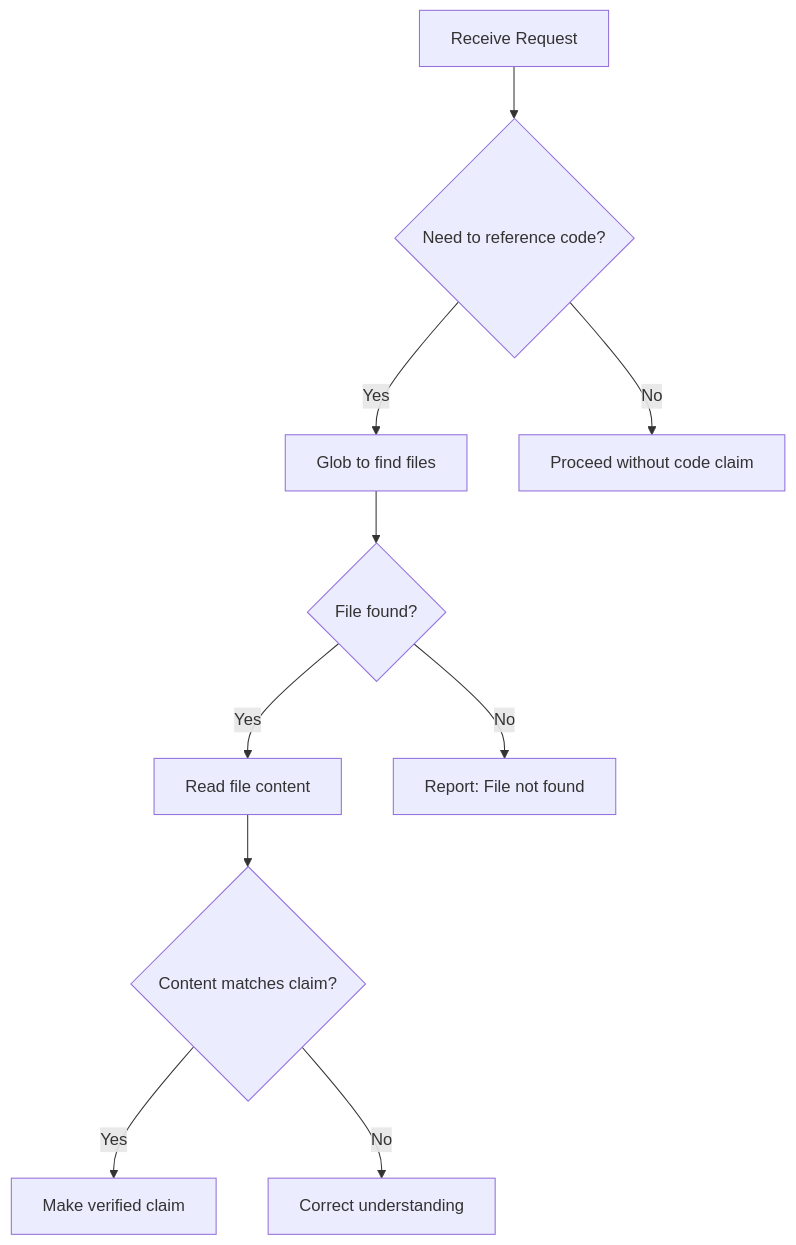
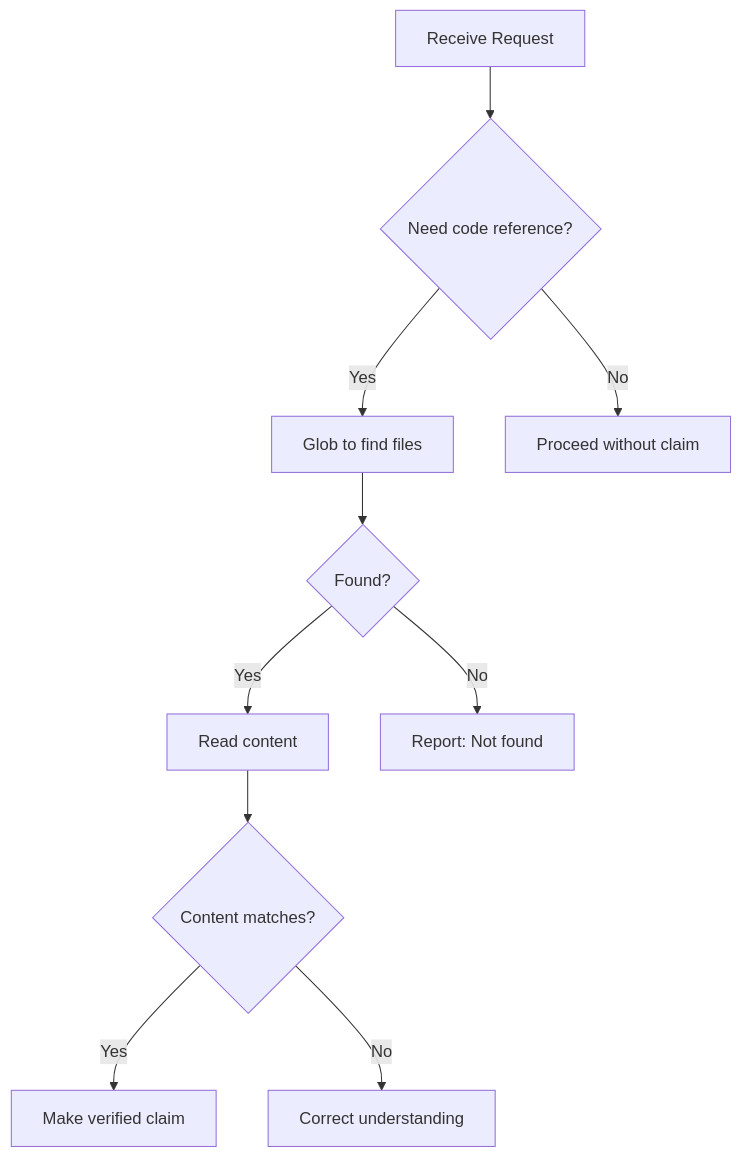
One commit to MaciWP/claude-code-poneglyph changed the diagram in .claude/skills/anti-hallucination/SKILL.md. Above: the diagram before and after it, drawn with Mermaid. The commit also changed other lines of this file and 19 other files, not shown here.

First line of the commit message:
feat(skills): Standardize and expand all 20 skills with extension-architect

````diff
--- a/.claude/skills/anti-hallucination/SKILL.md
+++ b/.claude/skills/anti-hallucination/SKILL.md
@@ -247,12 +165,12 @@
 ```mermaid
 graph TD
-    A[Receive Request] --> B{Need to reference code?}
+    A[Receive Request] --> B{Need code reference?}
     B -->|Yes| C[Glob to find files]
-    C --> D{File found?}
-    D -->|Yes| E[Read file content]
-    D -->|No| F[Report: File not found]
-    E --> G{Content matches claim?}
+    C --> D{Found?}
+    D -->|Yes| E[Read content]
+    D -->|No| F[Report: Not found]
+    E --> G{Content matches?}
     G -->|Yes| H[Make verified claim]
     G -->|No| I[Correct understanding]
-    B -->|No| J[Proceed without code claim]
+    B -->|No| J[Proceed without claim]
 ```
````
